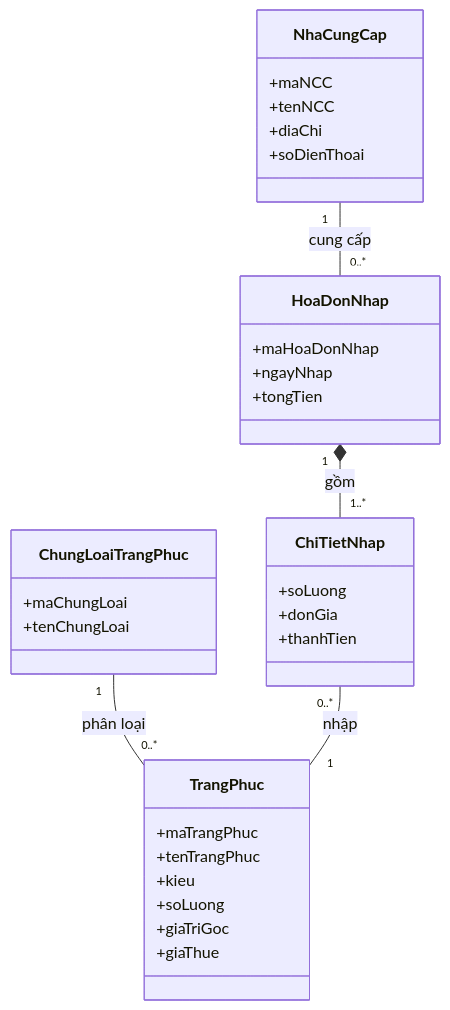
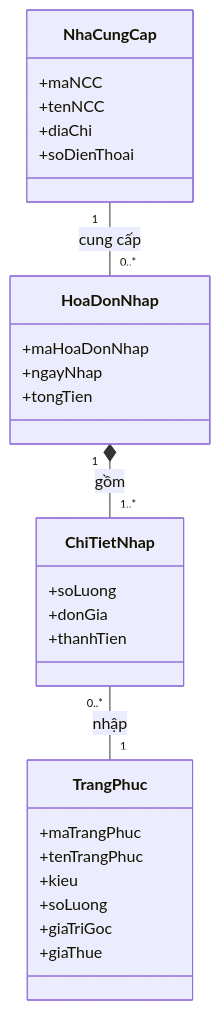
One commit to AnhLM027/NMCNPM_Final changed the diagram in ChuDe_13_QuanLyChoThueTrangPhuc/De_62_NhapTrangPhuc/c2.mmd. Above: the diagram before and after it, drawn with Mermaid. The commit also changed 64 other files, not shown here.

Commit message:
feat: light theme, 30% default zoom, resizable problem panel, and flash card diagram view

```diff
--- a/ChuDe_13_QuanLyChoThueTrangPhuc/De_62_NhapTrangPhuc/c2.mmd
+++ b/ChuDe_13_QuanLyChoThueTrangPhuc/De_62_NhapTrangPhuc/c2.mmd
@@ -1,44 +1,37 @@
 %% De_62 - Nhập trang phục
 classDiagram
 
     class NhaCungCap {
         +maNCC
         +tenNCC
         +diaChi
         +soDienThoai
-    }
-
-
-    class ChungLoaiTrangPhuc {
-        +maChungLoai
-        +tenChungLoai
     }
 
 
     class TrangPhuc {
         +maTrangPhuc
         +tenTrangPhuc
         +kieu
         +soLuong
         +giaTriGoc
         +giaThue
     }
 
 
     class HoaDonNhap {
         +maHoaDonNhap
         +ngayNhap
         +tongTien
     }
 
 
     class ChiTietNhap {
         +soLuong
         +donGia
         +thanhTien
     }
 
-    ChungLoaiTrangPhuc "1" -- "0..*" TrangPhuc : phân loại
     NhaCungCap "1" -- "0..*" HoaDonNhap : cung cấp
     HoaDonNhap "1" *-- "1..*" ChiTietNhap : gồm
     ChiTietNhap "0..*" -- "1" TrangPhuc : nhập
```
